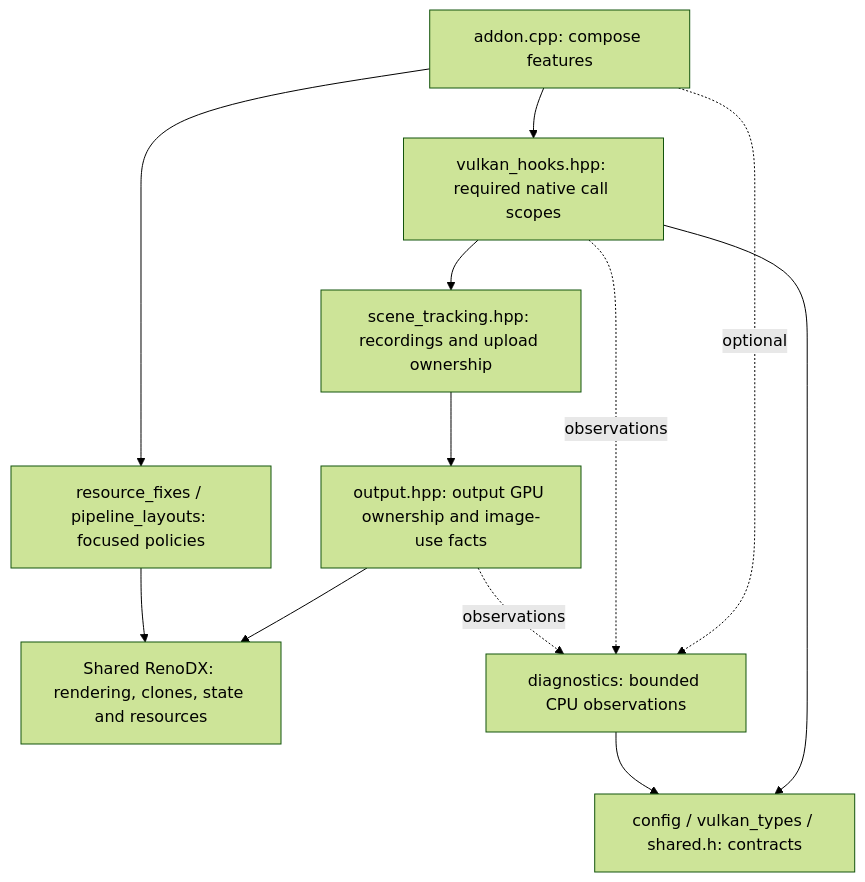
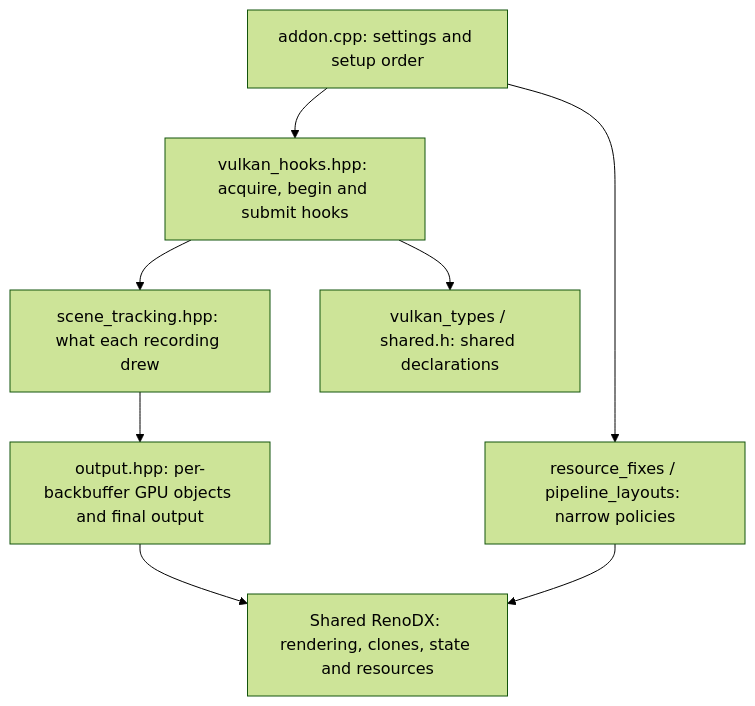
One commit to clshortfuse/renodx changed the first of 3 diagrams in src/games/rdr2vk/ARCHITECTURE.md. Above: the diagram before and after it, drawn with Mermaid (forest theme). The commit also changed other lines of this file and 10 other files, not shown here.

````diff
--- a/src/games/rdr2vk/ARCHITECTURE.md
+++ b/src/games/rdr2vk/ARCHITECTURE.md
@@ -31,14 +26,10 @@
 ```mermaid
 flowchart TD
-    A["addon.cpp: compose features"] --> H["vulkan_hooks.hpp: required native call scopes"]
-    H --> S["scene_tracking.hpp: recordings and upload ownership"]
-    S --> O["output.hpp: output GPU ownership and image-use facts"]
+    A["addon.cpp: settings and setup order"] --> H["vulkan_hooks.hpp: acquire, begin and submit hooks"]
+    H --> S["scene_tracking.hpp: what each recording drew"]
+    S --> O["output.hpp: per-backbuffer GPU objects and final output"]
     O --> C["Shared RenoDX: rendering, clones, state and resources"]
-    A --> P["resource_fixes / pipeline_layouts: focused policies"]
+    A --> P["resource_fixes / pipeline_layouts: narrow policies"]
     P --> C
-    A -. optional .-> D["diagnostics: bounded CPU observations"]
-    H -. observations .-> D
-    O -. observations .-> D
-    H --> L["config / vulkan_types / shared.h: contracts"]
-    D --> L
+    H --> L["vulkan_types / shared.h: shared declarations"]
 ```
````
